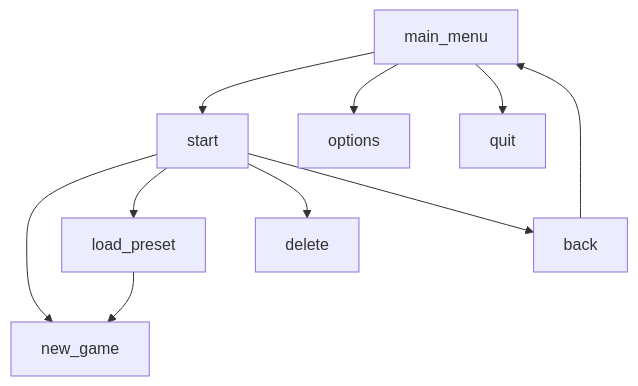
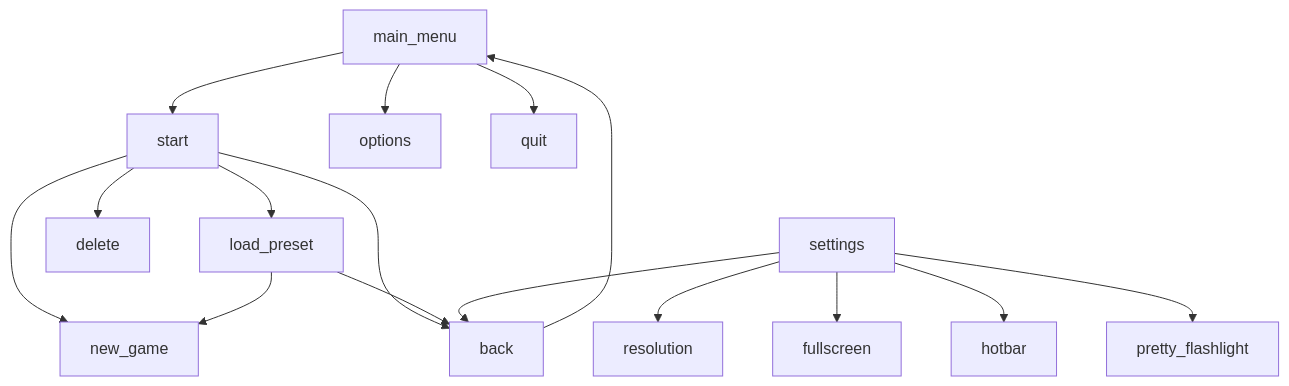
The diagram in README.md (Hohenzoler/optyka), drawn with Mermaid before and after one commit.

````diff
--- a/README.md
+++ b/README.md
@@ -63,12 +63,18 @@
 ```mermaid
 graph TD;
     main_menu-->start;
     main_menu-->options;
     main_menu-->quit;
     start-->new_game;
     start-->load_preset;
     start-->delete;
     start-->back;
     back-->main_menu;
     load_preset-->new_game;
+    load_preset-->back;
+    settings-->resolution;
+    settings-->fullscreen;
+    settings-->hotbar;
+    settings-->pretty_flashlight;
+    settings-->back;
 ```
````
